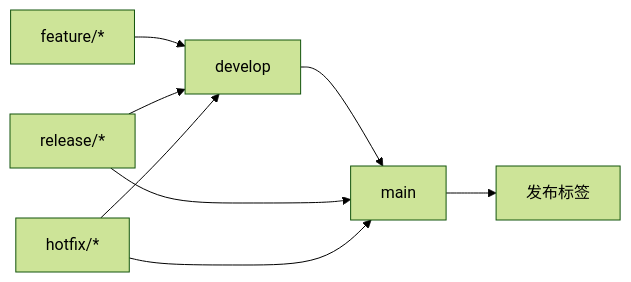
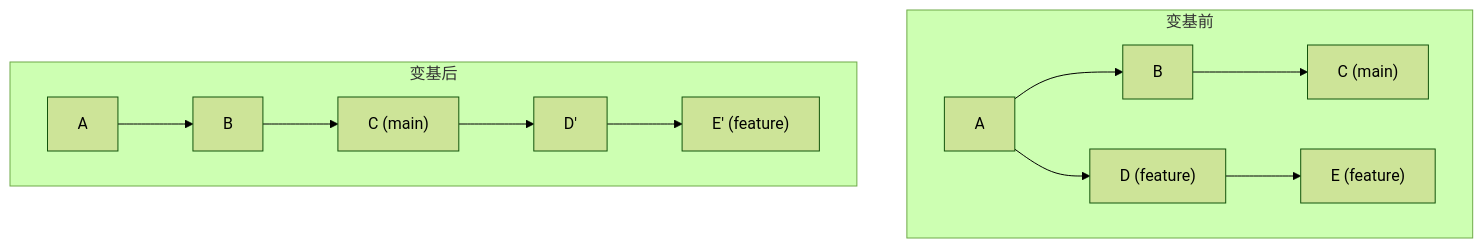
The third of 6 diagrams in content/linux/version_ctrl/Chapter-56-Git-Advanced.md (before80/prgms), drawn with Mermaid (forest theme) before and after one commit. The commit also changed other lines of this file and 1645 other files, not shown here.

````diff
--- a/content/linux/version_ctrl/Chapter-56-Git-Advanced.md
+++ b/content/linux/version_ctrl/Chapter-56-Git-Advanced.md
@@ -333,10 +227,10 @@
 ```mermaid
-graph LR
-    A[main] --> B[发布标签]
-    C[develop] --> A
-    D[feature/*] --> C
-    E[release/*] --> C
-    E --> A
-    F[hotfix/*] --> A
-    F --> C
+graph TD
+    subgraph 变基前
+        A1["A"] --> B1["B"] --> C1["C (main)"]
+        A1 --> D1["D (feature)"] --> E1["E (feature)"]
+    end
+    subgraph 变基后
+        A2["A"] --> B2["B"] --> C2["C (main)"] --> D2["D'"] --> E2["E' (feature)"]
+    end
 ```
````
